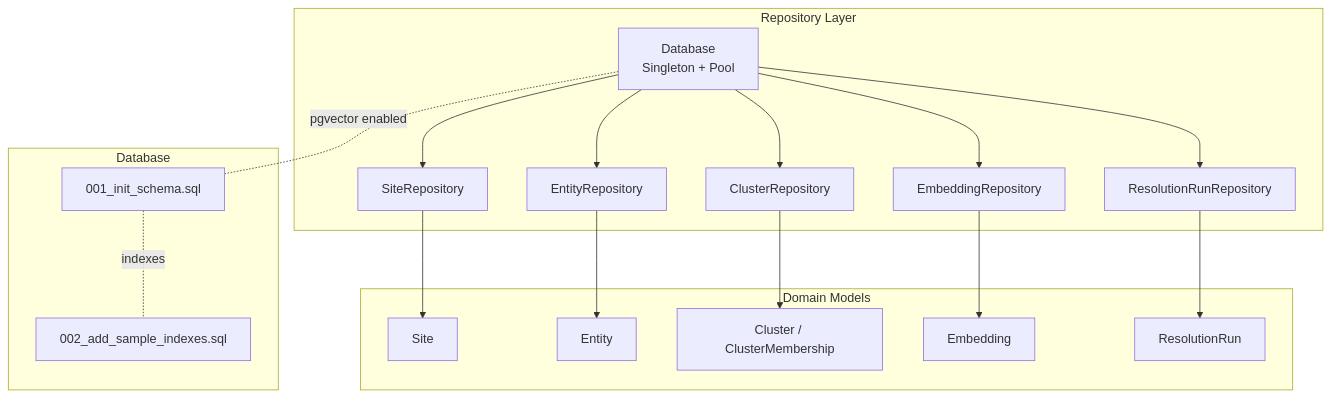
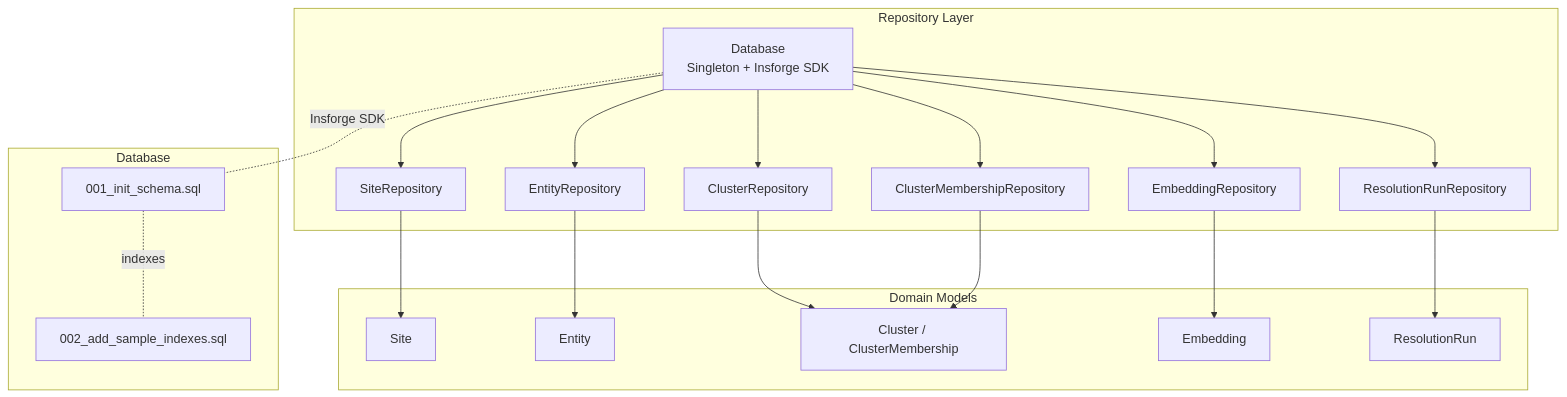
One commit to vishnusaibhosekar/ares changed the first of 10 diagrams in .qoder/repowiki/en/content/Repository Layer/Repository Layer.md. Above: the diagram before and after it, drawn with Mermaid. The commit also changed other lines of this file and 12 other files, not shown here.

Commit message:
fix: gracefully handle @insforge/sdk unavailability with try-catch require

````diff
--- a/.qoder/repowiki/en/content/Repository Layer/Repository Layer.md
+++ b/.qoder/repowiki/en/content/Repository Layer/Repository Layer.md
@@ -50,34 +48,37 @@
 ```mermaid
 graph TB
 subgraph "Repository Layer"
-DB["Database<br/>Singleton + Pool"]
+DB["Database<br/>Singleton + Insforge SDK"]
 SR["SiteRepository"]
 ER["EntityRepository"]
 CR["ClusterRepository"]
+CMR["ClusterMembershipRepository"]
 EmbR["EmbeddingRepository"]
 RR["ResolutionRunRepository"]
 end
 subgraph "Domain Models"
 SiteM["Site"]
 EntityM["Entity"]
 ClusterM["Cluster / ClusterMembership"]
 EmbeddingM["Embedding"]
 RunM["ResolutionRun"]
 end
 subgraph "Database"
 Mig1["001_init_schema.sql"]
 Mig2["002_add_sample_indexes.sql"]
 end
 DB --> SR
 DB --> ER
 DB --> CR
+DB --> CMR
 DB --> EmbR
 DB --> RR
 SR --> SiteM
 ER --> EntityM
 CR --> ClusterM
+CMR --> ClusterM
 EmbR --> EmbeddingM
 RR --> RunM
-DB -. "pgvector enabled" .- Mig1
+DB -. "Insforge SDK" .- Mig1
 Mig1 -. "indexes" .- Mig2
 ```
````
